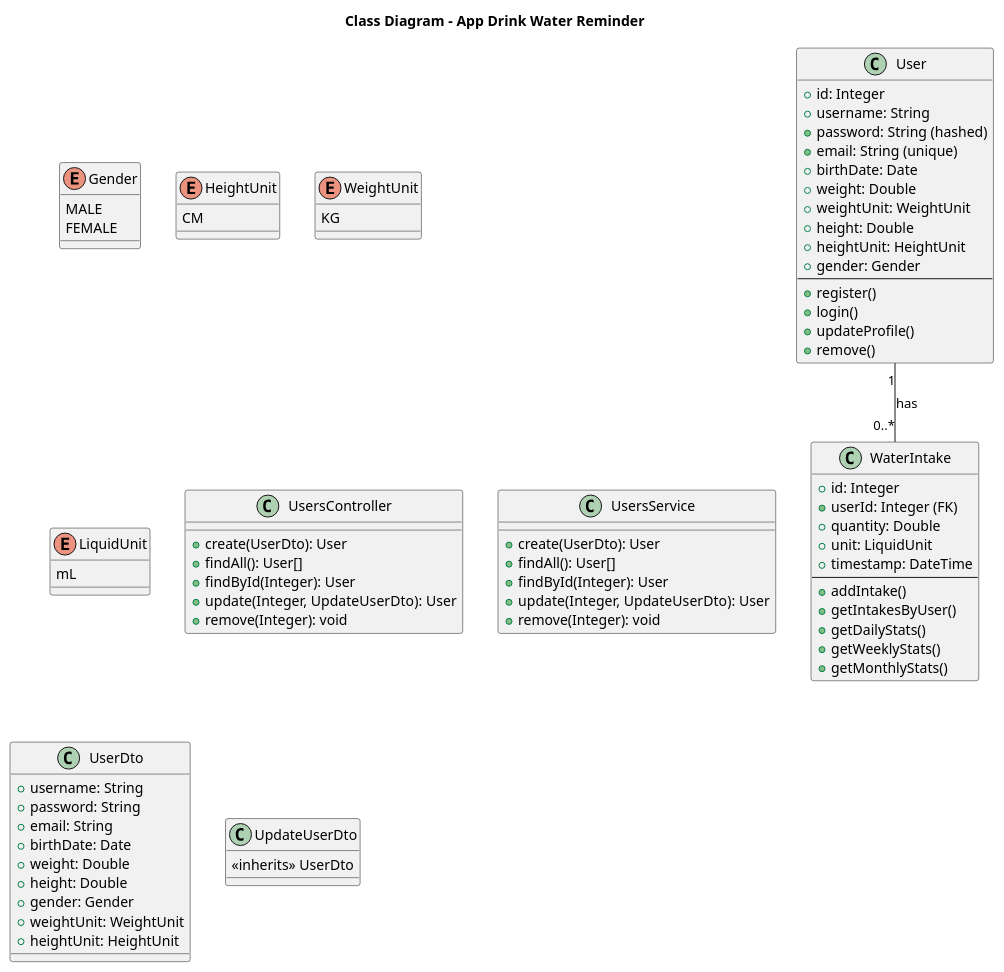
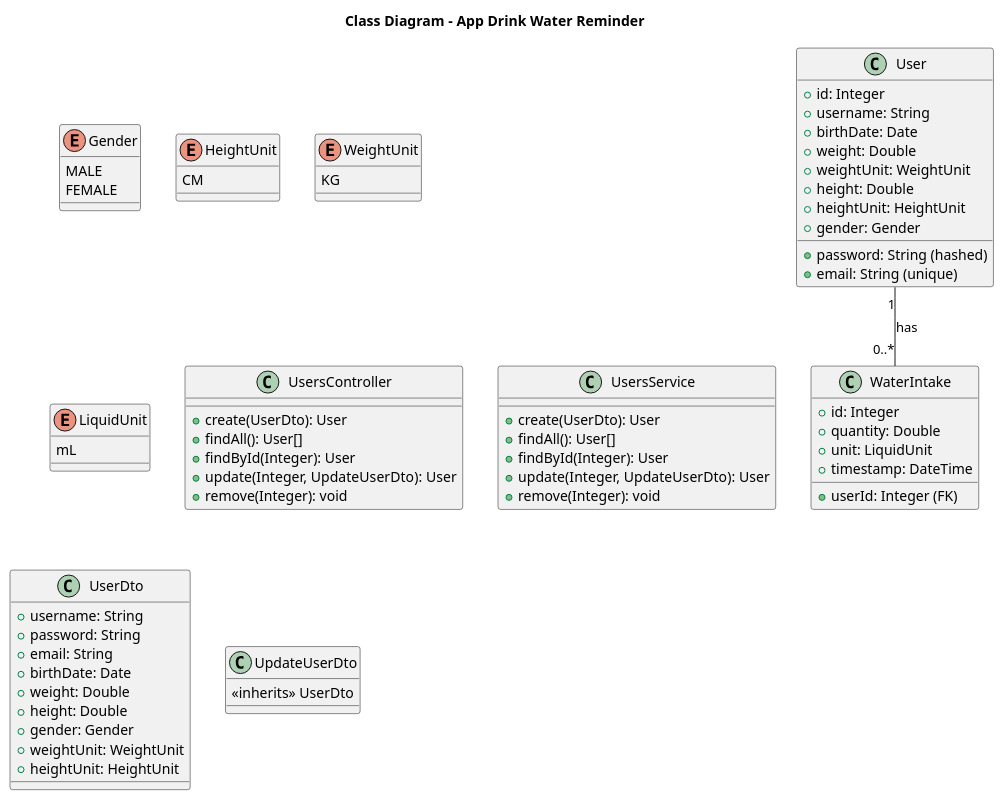
One commit to inovaprog/drink-water-api changed the diagram in docs/diagrams/class-diagram.plantuml. Above: the diagram before and after it, drawn with PlantUML. The commit also changed 28 other files, not shown here.

```diff
--- a/docs/diagrams/class-diagram.plantuml
+++ b/docs/diagrams/class-diagram.plantuml
@@ -1,88 +1,77 @@
 @startuml Class Diagram - App Drink Water Reminder
 
 title Class Diagram - App Drink Water Reminder
 
 enum Gender {
     MALE
     FEMALE
 }
 
 enum HeightUnit {
     CM
 }
 
 enum WeightUnit {
     KG
 }
 
 enum LiquidUnit {
     mL
 }
 
 class User {
     + id: Integer
     + username: String
     + password: String (hashed)
     + email: String (unique)
     + birthDate: Date
     + weight: Double
     + weightUnit: WeightUnit
     + height: Double
     + heightUnit: HeightUnit
     + gender: Gender
-    --
-    + register()
-    + login()
-    + updateProfile()
-    + remove()
 }
 
 class UsersController {
     + create(UserDto): User
     + findAll(): User[]
     + findById(Integer): User
     + update(Integer, UpdateUserDto): User
     + remove(Integer): void
 }
 
 class UsersService {
     + create(UserDto): User
     + findAll(): User[]
     + findById(Integer): User
     + update(Integer, UpdateUserDto): User
     + remove(Integer): void
 }
 
 class UserDto {
     + username: String
     + password: String
     + email: String
     + birthDate: Date
     + weight: Double
     + height: Double
     + gender: Gender
     + weightUnit: WeightUnit
     + heightUnit: HeightUnit
 }
 
 class UpdateUserDto {
     <<inherits>> UserDto
 }
 
 class WaterIntake {
     + id: Integer
     + userId: Integer (FK)
     + quantity: Double
     + unit: LiquidUnit
     + timestamp: DateTime
-    --
-    + addIntake()
-    + getIntakesByUser()
-    + getDailyStats()
-    + getWeeklyStats()
-    + getMonthlyStats()
 }
 
 User "1" -- "0..*" WaterIntake : has
 
 @enduml
```
